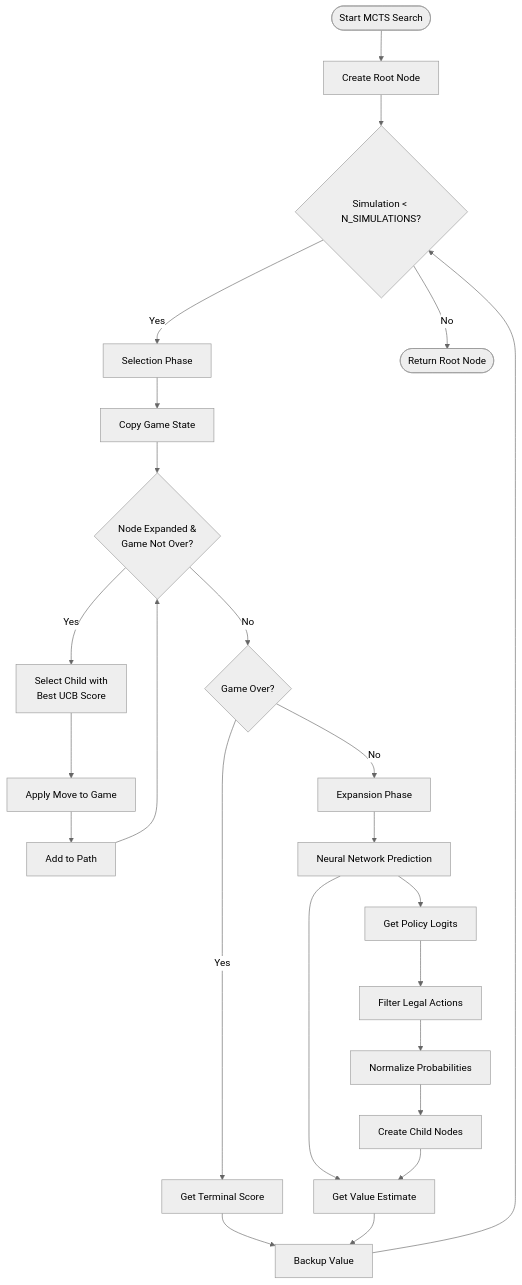
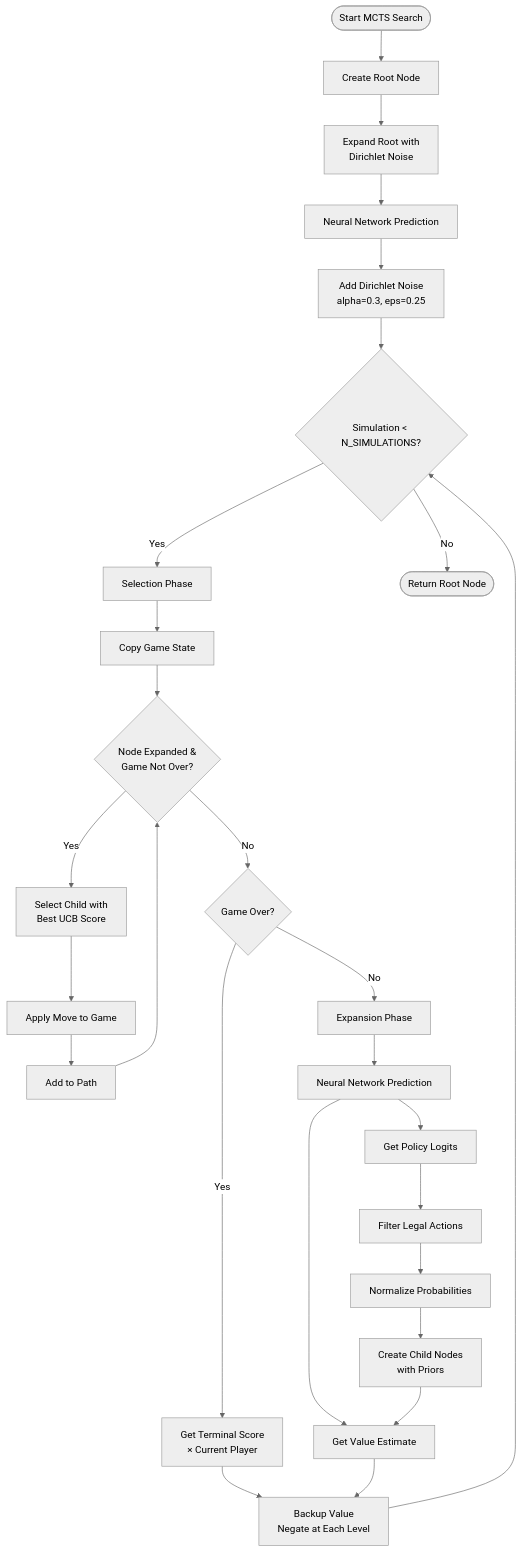
The fourth of 7 diagrams in TECHNICAL_DOCUMENTATION.md (nottherealsanta/alpha-toe-zero), drawn with Mermaid (neutral theme) before and after one commit. The commit also changed other lines of this file and 3 other files, not shown here.

````diff
--- a/TECHNICAL_DOCUMENTATION.md
+++ b/TECHNICAL_DOCUMENTATION.md
@@ -192,34 +205,37 @@
 ```mermaid
 flowchart TD
     StartMCTS([Start MCTS Search]) --> CreateRoot[Create Root Node]
-    CreateRoot --> SimLoop{Simulation < N_SIMULATIONS?}
+    CreateRoot --> ExpandRoot[Expand Root with<br/>Dirichlet Noise]
+    ExpandRoot --> GetRootNN[Neural Network Prediction]
+    GetRootNN --> AddNoise[Add Dirichlet Noise<br/>alpha=0.3, eps=0.25]
+    AddNoise --> SimLoop{Simulation < N_SIMULATIONS?}
     
     SimLoop -->|Yes| Selection[Selection Phase]
     SimLoop -->|No| ReturnRoot([Return Root Node])
     
     Selection --> CopyGame[Copy Game State]
     CopyGame --> TraverseLoop{Node Expanded &<br/>Game Not Over?}
     
     TraverseLoop -->|Yes| SelectChild[Select Child with<br/>Best UCB Score]
     SelectChild --> ApplyMove[Apply Move to Game]
     ApplyMove --> AddToPath[Add to Path]
     AddToPath --> TraverseLoop
     
     TraverseLoop -->|No| TerminalCheck{Game Over?}
     
-    TerminalCheck -->|Yes| GetScore[Get Terminal Score]
-    GetScore --> Backup[Backup Value]
+    TerminalCheck -->|Yes| GetScore[Get Terminal Score<br/>× Current Player]
+    GetScore --> Backup[Backup Value<br/>Negate at Each Level]
     Backup --> SimLoop
     
     TerminalCheck -->|No| Expansion[Expansion Phase]
     Expansion --> NNPredict[Neural Network Prediction]
     
     NNPredict --> GetValue[Get Value Estimate]
     NNPredict --> GetPolicy[Get Policy Logits]
     
     GetPolicy --> FilterLegal[Filter Legal Actions]
     FilterLegal --> Normalize[Normalize Probabilities]
-    Normalize --> CreateChildren[Create Child Nodes]
+    Normalize --> CreateChildren[Create Child Nodes<br/>with Priors]
     CreateChildren --> GetValue
     GetValue --> Backup
 ```
````
